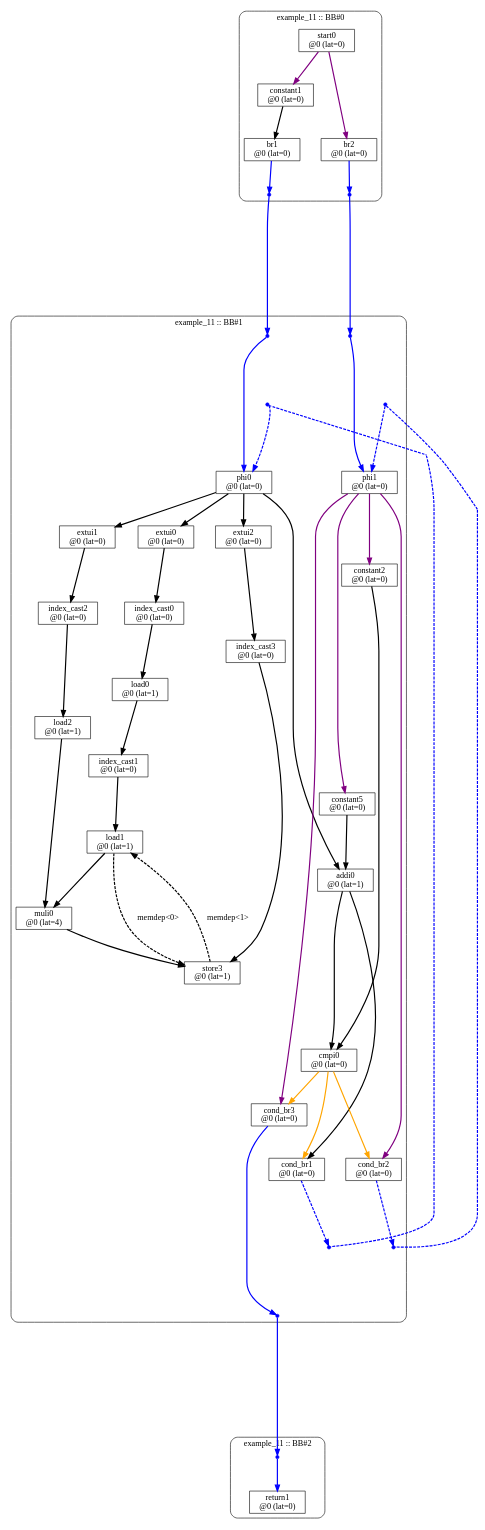
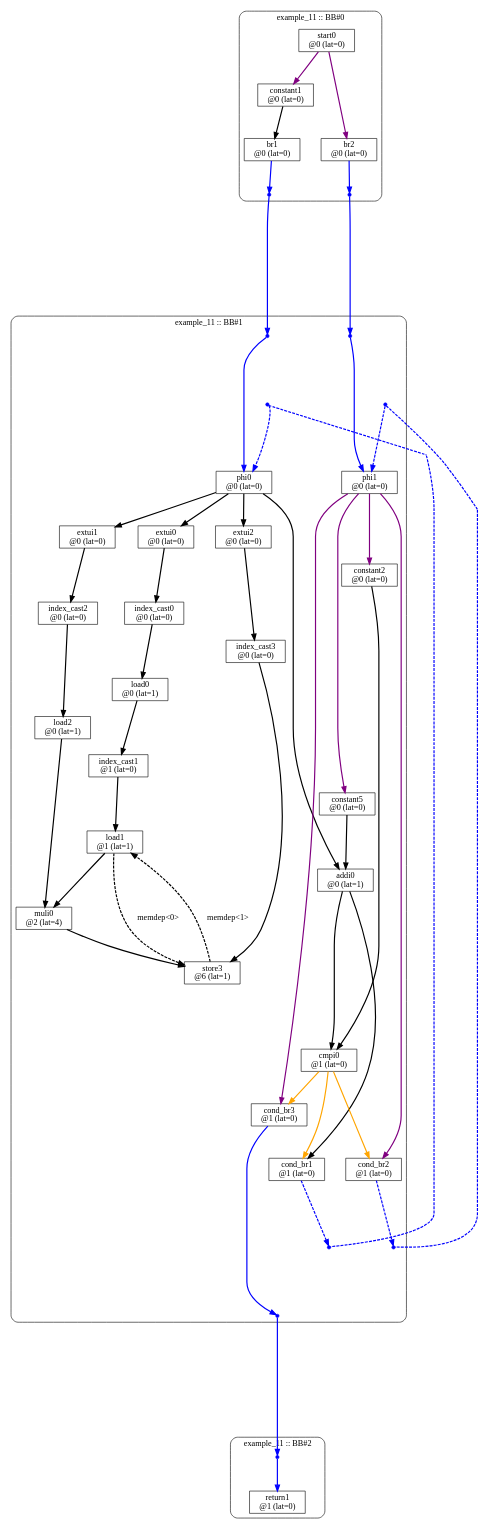
The diagram in static-examples/example_11/out/comp/static-scheduling/static-scheduling-asap.dot (alecrav/sdc-project1-spring2026), drawn with Graphviz before and after one commit. The commit also changed 135 other files, not shown here.

```diff
--- a/static-examples/example_11/out/comp/static-scheduling/static-scheduling-asap.dot
+++ b/static-examples/example_11/out/comp/static-scheduling/static-scheduling-asap.dot
@@ -1,126 +1,126 @@
 digraph ScheduledGraph {
   newrank=true;
   nodesep=0.5;
   ranksep=0.75;
   node [shape=box];
   edge [penwidth=2];
 
   subgraph cluster_example_11_bb0 {
     label="example_11 :: BB#0";
     style=rounded;
 
 
     start0 [label="start0\n@0 (lat=0)"];
     constant1 [label="constant1\n@0 (lat=0)"];
     br1 [label="br1\n@0 (lat=0)"];
     br2 [label="br2\n@0 (lat=0)"];
     {rank=same; br1; br2;}
     {rank=max; dot_1 [shape=point, width=0.08, color=blue]; dot_3 [shape=point, width=0.08, color=blue];}
 
   }
 
   start0 -> constant1 [color=purple];
   constant1 -> br1;
   start0 -> br2 [color=purple];
 
   subgraph cluster_example_11_bb1 {
     label="example_11 :: BB#1";
     style=rounded;
 
     phi0 [label="phi0\n@0 (lat=0)"];
     phi1 [label="phi1\n@0 (lat=0)"];
     constant2 [label="constant2\n@0 (lat=0)"];
     constant5 [label="constant5\n@0 (lat=0)"];
     extui0 [label="extui0\n@0 (lat=0)"];
     index_cast0 [label="index_cast0\n@0 (lat=0)"];
     load0 [label="load0\n@0 (lat=1)"];
-    index_cast1 [label="index_cast1\n@0 (lat=0)"];
-    load1 [label="load1\n@0 (lat=1)"];
+    index_cast1 [label="index_cast1\n@1 (lat=0)"];
+    load1 [label="load1\n@1 (lat=1)"];
     extui1 [label="extui1\n@0 (lat=0)"];
     index_cast2 [label="index_cast2\n@0 (lat=0)"];
     load2 [label="load2\n@0 (lat=1)"];
-    muli0 [label="muli0\n@0 (lat=4)"];
+    muli0 [label="muli0\n@2 (lat=4)"];
     extui2 [label="extui2\n@0 (lat=0)"];
     index_cast3 [label="index_cast3\n@0 (lat=0)"];
-    store3 [label="store3\n@0 (lat=1)"];
+    store3 [label="store3\n@6 (lat=1)"];
     addi0 [label="addi0\n@0 (lat=1)"];
-    cmpi0 [label="cmpi0\n@0 (lat=0)"];
-    cond_br1 [label="cond_br1\n@0 (lat=0)"];
-    cond_br2 [label="cond_br2\n@0 (lat=0)"];
-    cond_br3 [label="cond_br3\n@0 (lat=0)"];
+    cmpi0 [label="cmpi0\n@1 (lat=0)"];
+    cond_br1 [label="cond_br1\n@1 (lat=0)"];
+    cond_br2 [label="cond_br2\n@1 (lat=0)"];
+    cond_br3 [label="cond_br3\n@1 (lat=0)"];
     {rank=min; dot_0 [shape=point, width=0.08, color=blue]; dot_2 [shape=point, width=0.08, color=blue];}
     {rank=same; dot_6 [shape=point, width=0.08, color=blue]; dot_9 [shape=point, width=0.08, color=blue];}
     dot_0 -> dot_6 [style=invis, minlen=2];
     {rank=same; phi0; phi1;}
     dot_6 -> phi0 [style=invis, minlen=2];
     {rank=same; cond_br3;}
     {rank=same; cond_br1; cond_br2;}
     store3 -> cond_br3 [style=invis, minlen=3];
     cond_br3 -> cond_br2 [style=invis];
     cond_br2 -> dot_7 [style=invis, minlen=2];
     {rank=same; dot_7 [shape=point, width=0.08, color=blue]; dot_10 [shape=point, width=0.08, color=blue];}
     {rank=max; dot_5 [shape=point, width=0.08, color=blue];}
     dot_7 -> dot_5 [style=invis, minlen=2];
 
   }
 
   phi1 -> constant2 [color=purple];
   phi1 -> constant5 [color=purple];
   phi0 -> extui0;
   extui0 -> index_cast0;
   index_cast0 -> load0;
   load0 -> index_cast1;
   index_cast1 -> load1;
   phi0 -> extui1;
   extui1 -> index_cast2;
   index_cast2 -> load2;
   load1 -> muli0;
   load2 -> muli0;
   phi0 -> extui2;
   extui2 -> index_cast3;
   muli0 -> store3;
   index_cast3 -> store3;
   phi0 -> addi0;
   constant5 -> addi0;
   addi0 -> cmpi0;
   constant2 -> cmpi0;
   cmpi0 -> cond_br1 [color=orange];
   addi0 -> cond_br1;
   cmpi0 -> cond_br2 [color=orange];
   phi1 -> cond_br2 [color=purple];
   cmpi0 -> cond_br3 [color=orange];
   phi1 -> cond_br3 [color=purple];
   load1 -> store3 [label="memdep<0>", style=dashed];
   store3 -> load1 [label="memdep<1>", style=dashed];
 
   subgraph cluster_example_11_bb2 {
     label="example_11 :: BB#2";
     style=rounded;
 
-    return1 [label="return1\n@0 (lat=0)"];
+    return1 [label="return1\n@1 (lat=0)"];
     {rank=min; dot_4 [shape=point, width=0.08, color=blue];}
 
   }
 
 
   dot_8 [shape=point, width=0, height=0, style=invis];
   dot_11 [shape=point, width=0, height=0, style=invis];
   br1 -> dot_1 [color=blue];
   dot_1 -> dot_0 [color=blue, minlen=4];
   dot_0 -> phi0 [color=blue];
   br2 -> dot_3 [color=blue];
   dot_3 -> dot_2 [color=blue, minlen=4];
   dot_2 -> phi1 [color=blue];
   cond_br3 -> dot_5 [color=blue];
   dot_5 -> dot_4 [color=blue, minlen=4];
   dot_4 -> return1 [color=blue];
   cond_br1 -> dot_7 [color=blue, style=dashed];
   dot_8 -> dot_7 [color=blue, style=dashed, arrowhead=none];
   dot_6 -> dot_8 [color=blue, style=dashed, arrowhead=none];
   dot_6 -> phi0 [color=blue, style=dashed];
   cond_br2 -> dot_10 [color=blue, style=dashed];
   dot_11 -> dot_10 [color=blue, style=dashed, arrowhead=none];
   dot_9 -> dot_11 [color=blue, style=dashed, arrowhead=none];
   dot_9 -> phi1 [color=blue, style=dashed];
 
 }
```
